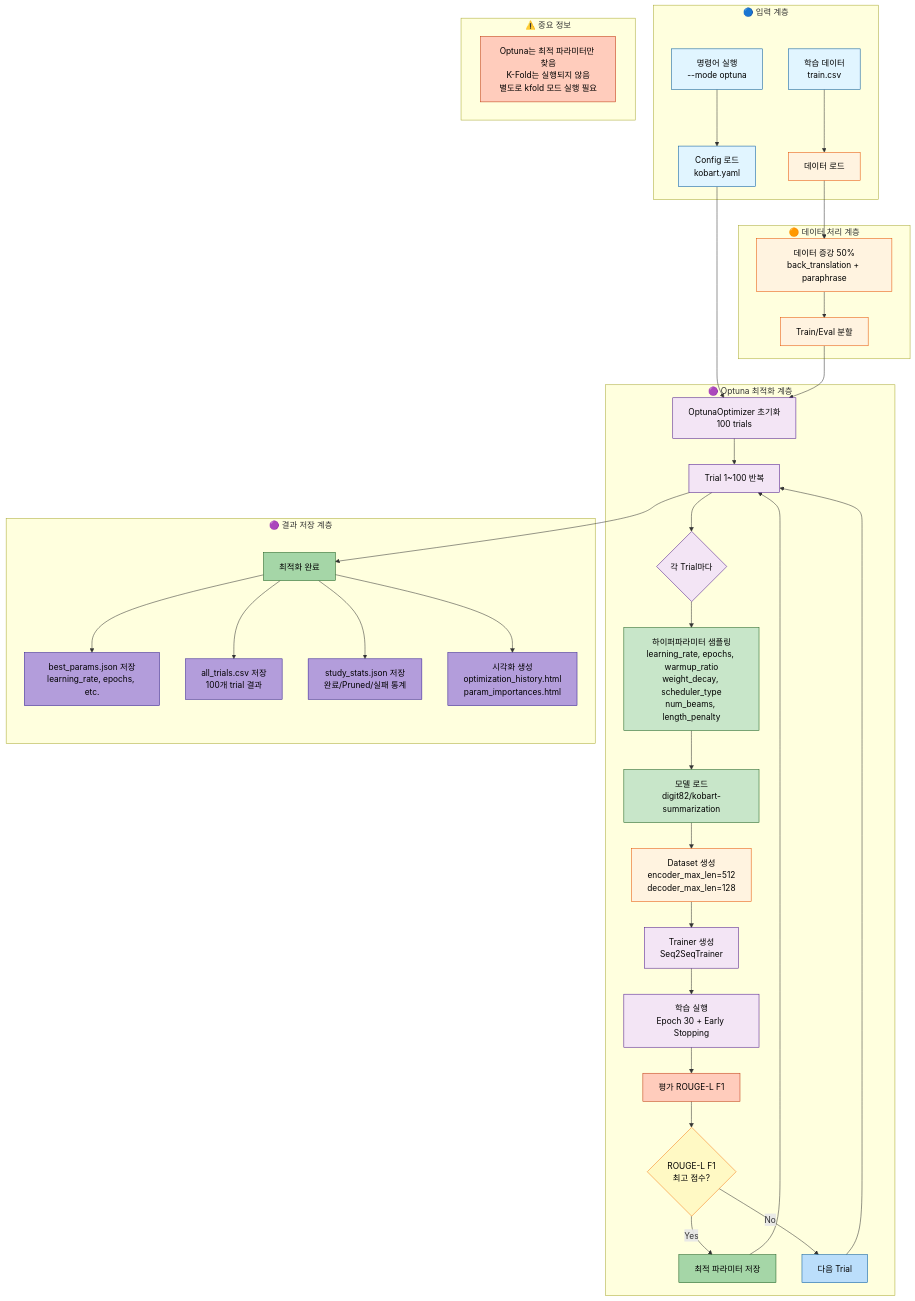
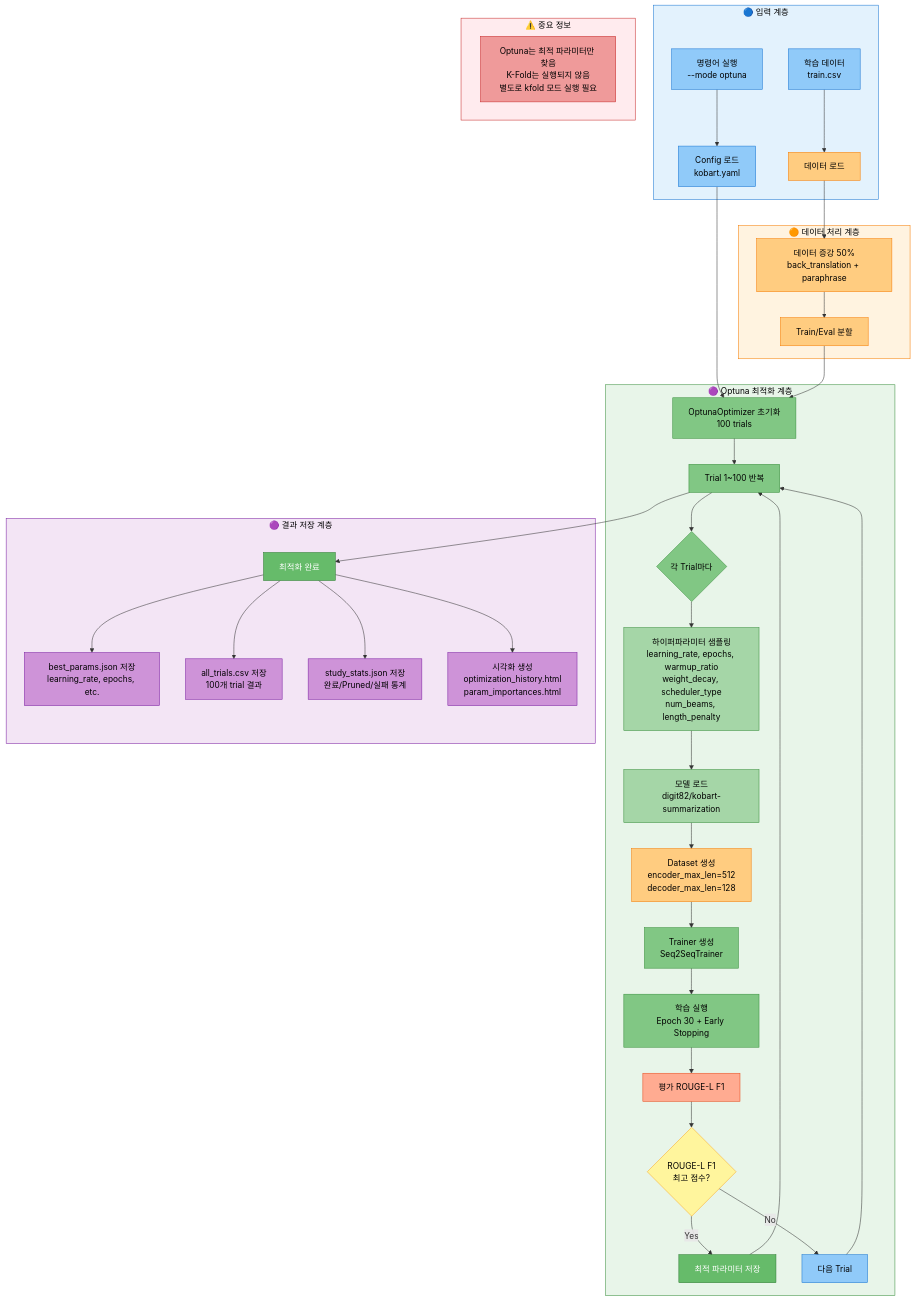
The second of 6 diagrams in docs/모듈화/04_02_KoBART_단일모델_최강_성능_전략.md (AIBootcamp14/naturallanguageprocessingcompetition-nlp-1), drawn with Mermaid before and after one commit. The commit also changed other lines of this file, not shown here.

````diff
--- a/docs/모듈화/04_02_KoBART_단일모델_최강_성능_전략.md
+++ b/docs/모듈화/04_02_KoBART_단일모델_최강_성능_전략.md
@@ -100,67 +100,73 @@
 ```mermaid
 graph TB
     subgraph input["🔵 입력 계층"]
         A[명령어 실행<br/>--mode optuna] --> B[Config 로드<br/>kobart.yaml]
         A1[학습 데이터<br/>train.csv] --> C[데이터 로드]
     end
 
     subgraph processing["🟠 데이터 처리 계층"]
         C --> D[데이터 증강 50%<br/>back_translation + paraphrase]
         D --> E[Train/Eval 분할]
     end
 
     subgraph optimization["🟣 Optuna 최적화 계층"]
         B --> F[OptunaOptimizer 초기화<br/>100 trials]
         E --> F
         F --> G[Trial 1~100 반복]
         G --> H{각 Trial마다}
         H --> I[하이퍼파라미터 샘플링<br/>learning_rate, epochs, warmup_ratio<br/>weight_decay, scheduler_type<br/>num_beams, length_penalty]
         I --> J[모델 로드<br/>digit82/kobart-summarization]
         J --> K[Dataset 생성<br/>encoder_max_len=512<br/>decoder_max_len=128]
         K --> L[Trainer 생성<br/>Seq2SeqTrainer]
         L --> M[학습 실행<br/>Epoch 30 + Early Stopping]
         M --> N[평가 ROUGE-L F1]
         N --> O{ROUGE-L F1<br/>최고 점수?}
         O -->|Yes| P[최적 파라미터 저장]
         O -->|No| Q[다음 Trial]
         Q --> G
         P --> G
     end
 
     subgraph results["🟣 결과 저장 계층"]
         G --> R[최적화 완료]
         R --> S[best_params.json 저장<br/>learning_rate, epochs, etc.]
         R --> T[all_trials.csv 저장<br/>100개 trial 결과]
         R --> U[study_stats.json 저장<br/>완료/Pruned/실패 통계]
         R --> V[시각화 생성<br/>optimization_history.html<br/>param_importances.html]
     end
 
     subgraph warning["⚠️ 중요 정보"]
         W[Optuna는 최적 파라미터만 찾음<br/>K-Fold는 실행되지 않음<br/>별도로 kfold 모드 실행 필요]
     end
 
-    style A fill:#e1f5ff,stroke:#01579b,color:#000
-    style A1 fill:#e1f5ff,stroke:#01579b,color:#000
-    style B fill:#e1f5ff,stroke:#01579b,color:#000
-    style C fill:#fff3e0,stroke:#e65100,color:#000
-    style D fill:#fff3e0,stroke:#e65100,color:#000
-    style E fill:#fff3e0,stroke:#e65100,color:#000
-    style F fill:#f3e5f5,stroke:#4a148c,color:#000
-    style G fill:#f3e5f5,stroke:#4a148c,color:#000
-    style H fill:#f3e5f5,stroke:#4a148c,color:#000
-    style I fill:#c8e6c9,stroke:#1b5e20,color:#000
-    style J fill:#c8e6c9,stroke:#1b5e20,color:#000
-    style K fill:#fff3e0,stroke:#e65100,color:#000
-    style L fill:#f3e5f5,stroke:#4a148c,color:#000
-    style M fill:#f3e5f5,stroke:#4a148c,color:#000
-    style N fill:#ffccbc,stroke:#bf360c,color:#000
-    style O fill:#fff9c4,stroke:#f57f17,color:#000
-    style P fill:#a5d6a7,stroke:#1b5e20,color:#000
-    style Q fill:#bbdefb,stroke:#01579b,color:#000
-    style R fill:#a5d6a7,stroke:#1b5e20,color:#000
-    style S fill:#b39ddb,stroke:#311b92,color:#000
-    style T fill:#b39ddb,stroke:#311b92,color:#000
-    style U fill:#b39ddb,stroke:#311b92,color:#000
-    style V fill:#b39ddb,stroke:#311b92,color:#000
-    style W fill:#ffccbc,stroke:#bf360c,color:#000
+    style input fill:#e3f2fd,stroke:#1976d2,color:#000
+    style processing fill:#fff3e0,stroke:#f57c00,color:#000
+    style optimization fill:#e8f5e9,stroke:#388e3c,color:#000
+    style results fill:#f3e5f5,stroke:#7b1fa2,color:#000
+    style warning fill:#ffebee,stroke:#c62828,color:#000
+
+    style A fill:#90caf9,stroke:#1976d2,color:#000
+    style A1 fill:#90caf9,stroke:#1976d2,color:#000
+    style B fill:#90caf9,stroke:#1976d2,color:#000
+    style C fill:#ffcc80,stroke:#f57c00,color:#000
+    style D fill:#ffcc80,stroke:#f57c00,color:#000
+    style E fill:#ffcc80,stroke:#f57c00,color:#000
+    style F fill:#81c784,stroke:#388e3c,color:#000
+    style G fill:#81c784,stroke:#388e3c,color:#000
+    style H fill:#81c784,stroke:#388e3c,color:#000
+    style I fill:#a5d6a7,stroke:#388e3c,color:#000
+    style J fill:#a5d6a7,stroke:#388e3c,color:#000
+    style K fill:#ffcc80,stroke:#f57c00,color:#000
+    style L fill:#81c784,stroke:#388e3c,color:#000
+    style M fill:#81c784,stroke:#388e3c,color:#000
+    style N fill:#ffab91,stroke:#e64a19,color:#000
+    style O fill:#fff59d,stroke:#f9a825,color:#000
+    style P fill:#66bb6a,stroke:#2e7d32,color:#fff
+    style Q fill:#90caf9,stroke:#1976d2,color:#000
+    style R fill:#66bb6a,stroke:#2e7d32,color:#fff
+    style S fill:#ce93d8,stroke:#7b1fa2,color:#000
+    style T fill:#ce93d8,stroke:#7b1fa2,color:#000
+    style U fill:#ce93d8,stroke:#7b1fa2,color:#000
+    style V fill:#ce93d8,stroke:#7b1fa2,color:#000
+    style W fill:#ef9a9a,stroke:#c62828,color:#000
 ```
````
